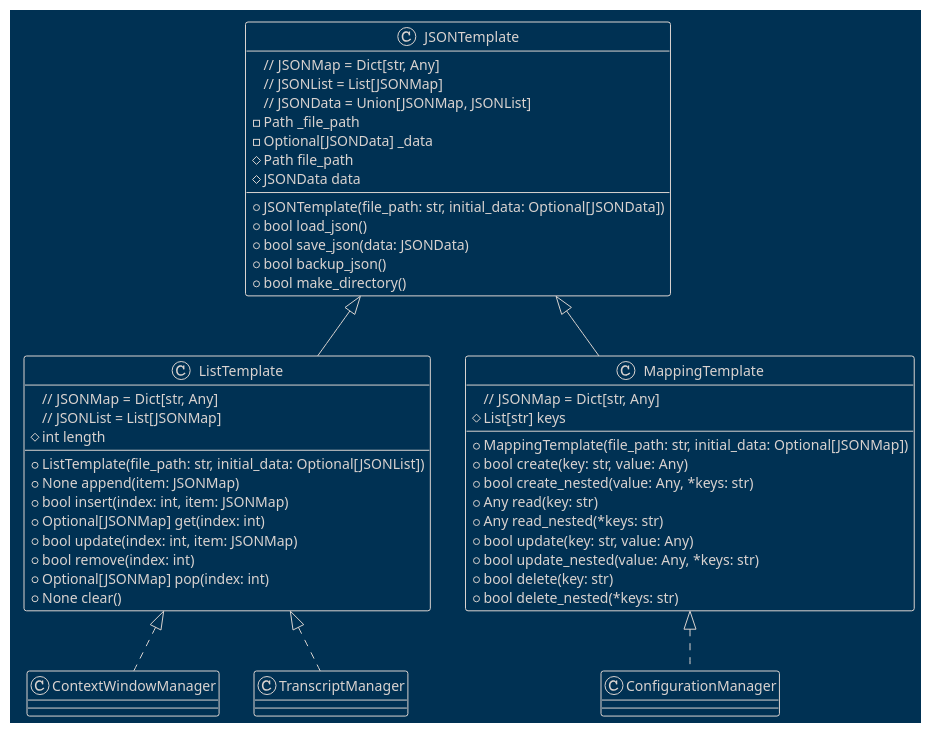
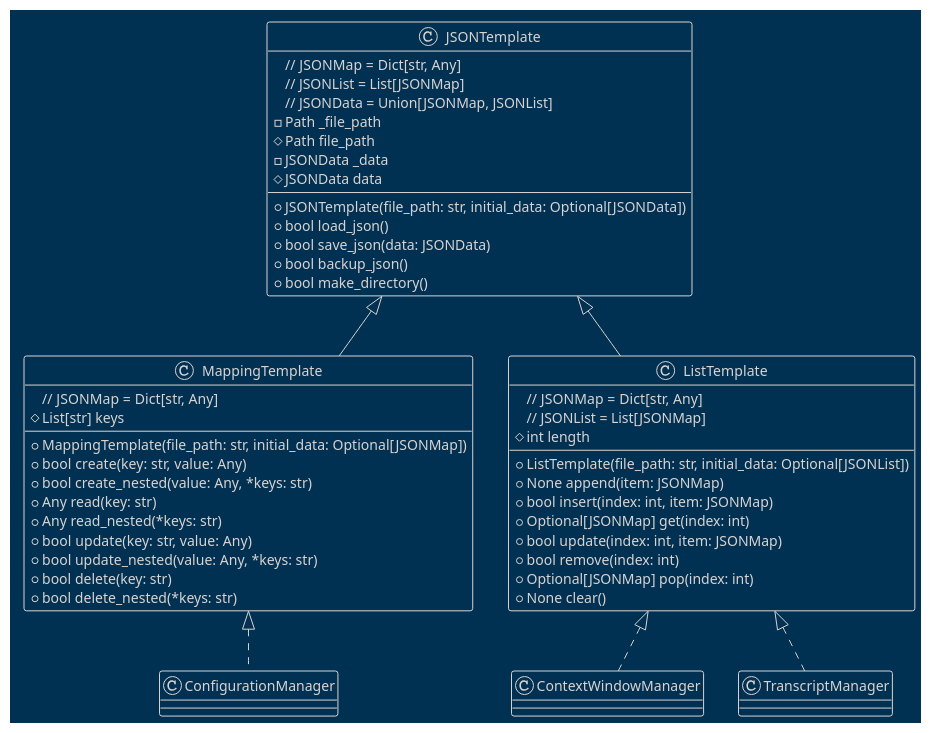
The diagram in docs/diagrams/plantuml/mapping_templates.puml (teleprint-me/py.gpt.prompt), drawn with PlantUML before and after one commit.

Commit message:
refactor: Update JSONTemplate and ListTemplate
- Update the JSONTemplate class to take an initial_data parameter
- Move the _data attribute to private
- Add a JSONData attribute to store data
- Update load_json and save_json methods accordingly

- Refactor ListTemplate class to inherit from JSONTemplate
- Add new ListTemplate class with methods for list operations

- Improve code organization and readability

```diff
--- a/docs/diagrams/plantuml/mapping_templates.puml
+++ b/docs/diagrams/plantuml/mapping_templates.puml
@@ -1,55 +1,55 @@
 @startuml MappingTemplates
 !theme blueprint
 
 class JSONTemplate {
     // JSONMap = Dict[str, Any]
     // JSONList = List[JSONMap]
     // JSONData = Union[JSONMap, JSONList]
+    + JSONTemplate(file_path: str, initial_data: Optional[JSONData])
     - Path _file_path
-    - Optional[JSONData] _data
-    + JSONTemplate(file_path: str, initial_data: Optional[JSONData])
     # Path file_path
+    - JSONData _data
     # JSONData data
     + bool load_json()
     + bool save_json(data: JSONData)
     + bool backup_json()
     + bool make_directory()
+}
+
+class MappingTemplate extends JSONTemplate {
+    // JSONMap = Dict[str, Any]
+    + MappingTemplate(file_path: str, initial_data: Optional[JSONMap])
+    # List[str] keys
+    + bool create(key: str, value: Any)
+    + bool create_nested(value: Any, *keys: str)
+    + Any read(key: str)
+    + Any read_nested(*keys: str)
+    + bool update(key: str, value: Any)
+    + bool update_nested(value: Any, *keys: str)
+    + bool delete(key: str)
+    + bool delete_nested(*keys: str)
 }
 
 class ListTemplate extends JSONTemplate {
     // JSONMap = Dict[str, Any]
     // JSONList = List[JSONMap]
     + ListTemplate(file_path: str, initial_data: Optional[JSONList])
     # int length
     + None append(item: JSONMap)
     + bool insert(index: int, item: JSONMap)
     + Optional[JSONMap] get(index: int)
     + bool update(index: int, item: JSONMap)
     + bool remove(index: int)
     + Optional[JSONMap] pop(index: int)
     + None clear()
 }
 
-class MappingTemplate extends JSONTemplate {
-    // JSONMap = Dict[str, Any]
-    + MappingTemplate(file_path: str, initial_data: Optional[JSONMap])
-    # List[str] keys
-    + bool create(key: str, value: Any)
-    + bool create_nested(value: Any, *keys: str)
-    + Any read(key: str)
-    + Any read_nested(*keys: str)
-    + bool update(key: str, value: Any)
-    + bool update_nested(value: Any, *keys: str)
-    + bool delete(key: str)
-    + bool delete_nested(*keys: str)
-}
-
 class ConfigurationManager
 MappingTemplate <|.. ConfigurationManager
 
 class ContextWindowManager
 ListTemplate <|.. ContextWindowManager
 
 class TranscriptManager
 ListTemplate <|.. TranscriptManager
 @enduml
```
